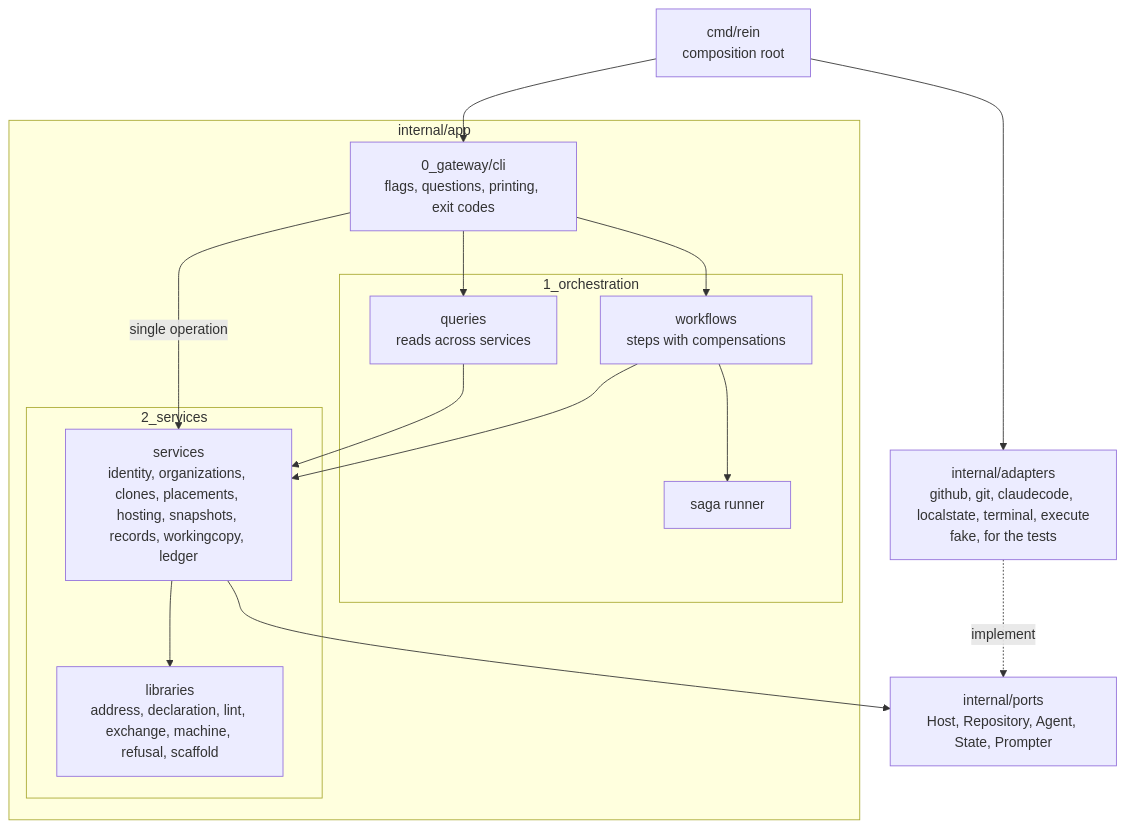
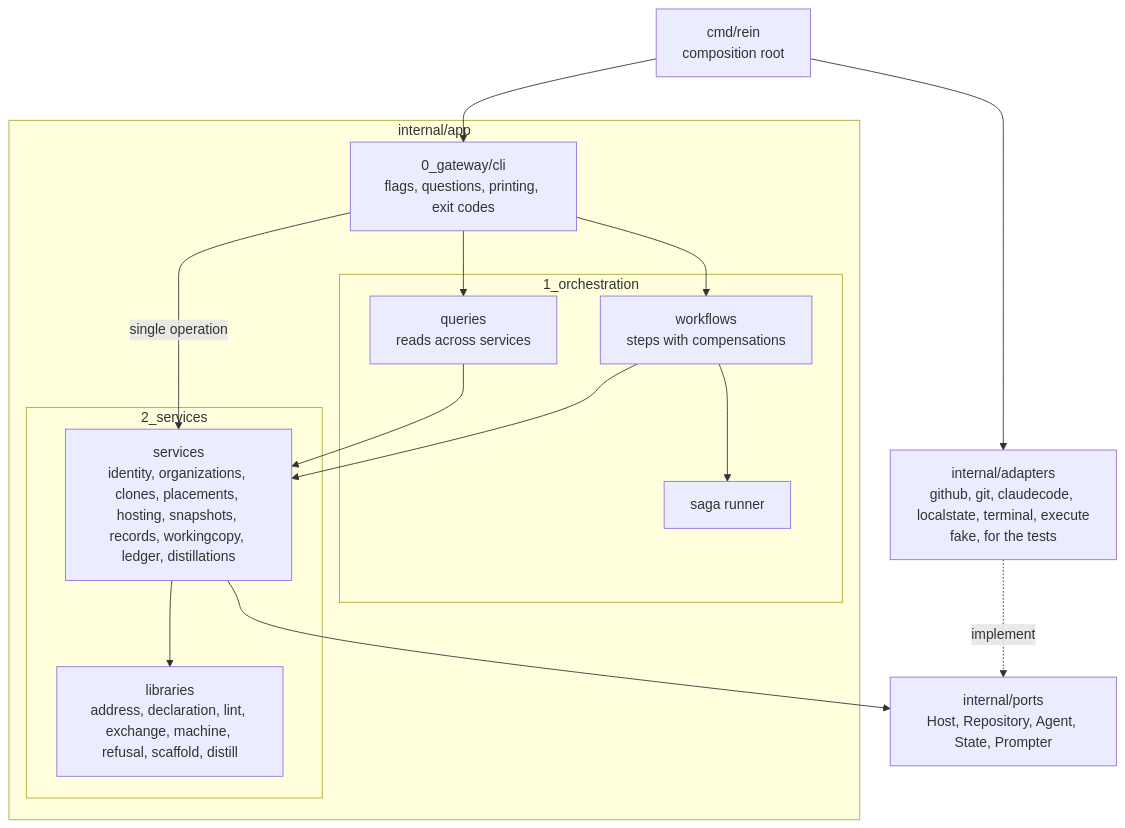
One commit to Danidani23/agents-rein changed the diagram in docs/architecture.md. Above: the diagram before and after it, drawn with Mermaid. The commit also changed other lines of this file and 16 other files, not shown here.

````diff
--- a/docs/architecture.md
+++ b/docs/architecture.md
@@ -18,30 +18,30 @@
 ```mermaid
 flowchart TB
     main["cmd/rein<br/>composition root"]
     subgraph app["internal/app"]
         gateway["0_gateway/cli<br/>flags, questions, printing, exit codes"]
         subgraph orchestration["1_orchestration"]
             workflows["workflows<br/>steps with compensations"]
             queries["queries<br/>reads across services"]
             runner["saga runner"]
         end
         subgraph services["2_services"]
-            svc["services<br/>identity, organizations, clones, placements, hosting, snapshots, records, workingcopy, ledger"]
-            libs["libraries<br/>address, declaration, lint, exchange, machine, refusal, scaffold"]
+            svc["services<br/>identity, organizations, clones, placements, hosting, snapshots, records, workingcopy, ledger, distillations"]
+            libs["libraries<br/>address, declaration, lint, exchange, machine, refusal, scaffold, distill"]
         end
     end
     ports["internal/ports<br/>Host, Repository, Agent, State, Prompter"]
     adapters["internal/adapters<br/>github, git, claudecode, localstate, terminal, execute<br/>fake, for the tests"]
 
     main --> gateway
     main --> adapters
     gateway --> workflows
     gateway --> queries
     gateway -- "single operation" --> svc
     workflows --> runner
     workflows --> svc
     queries --> svc
     svc --> ports
     svc --> libs
     adapters -. implement .-> ports
 ```
````
